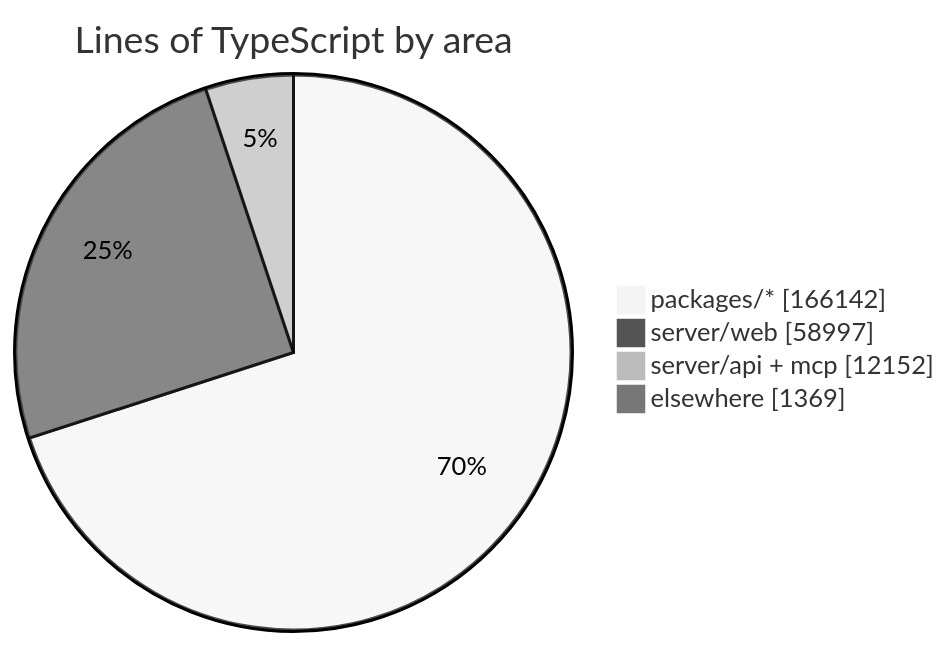
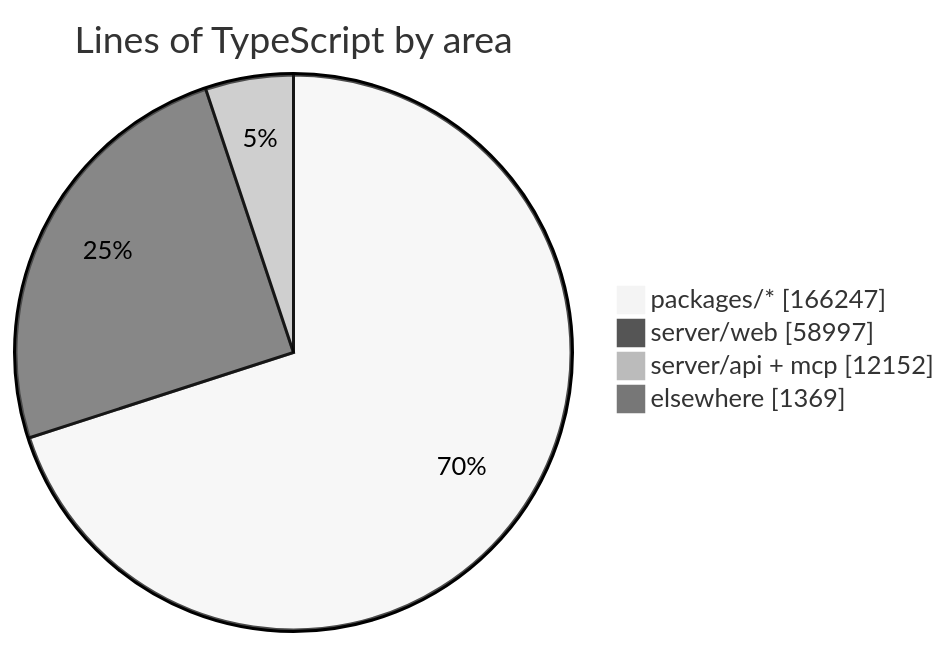
One commit to crossworks-engineering/mantle changed the diagram in README.md. Above: the diagram before and after it, drawn with Mermaid (neutral theme). The commit also changed other lines of this file and 2 other files, not shown here.

````diff
--- a/README.md
+++ b/README.md
@@ -279,7 +279,7 @@
 ```mermaid
 pie showData title Lines of TypeScript by area
-    "packages/*" : 166142
+    "packages/*" : 166247
     "server/web" : 58997
     "server/api + mcp" : 12152
     "elsewhere" : 1369
 ```
````
